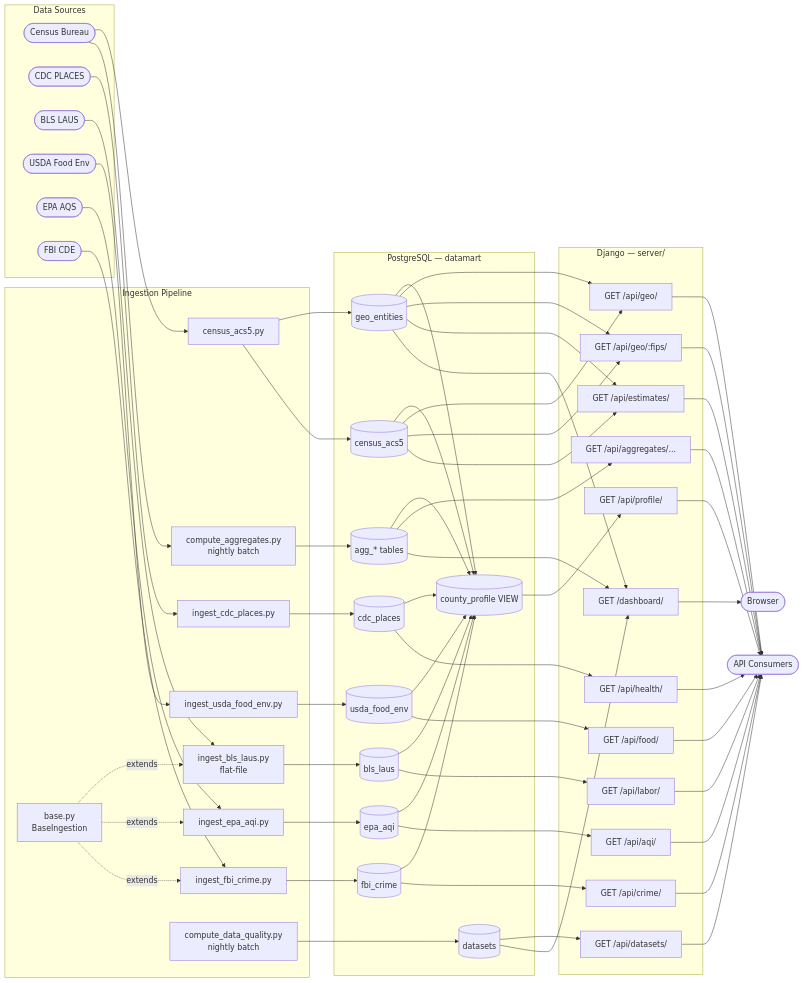
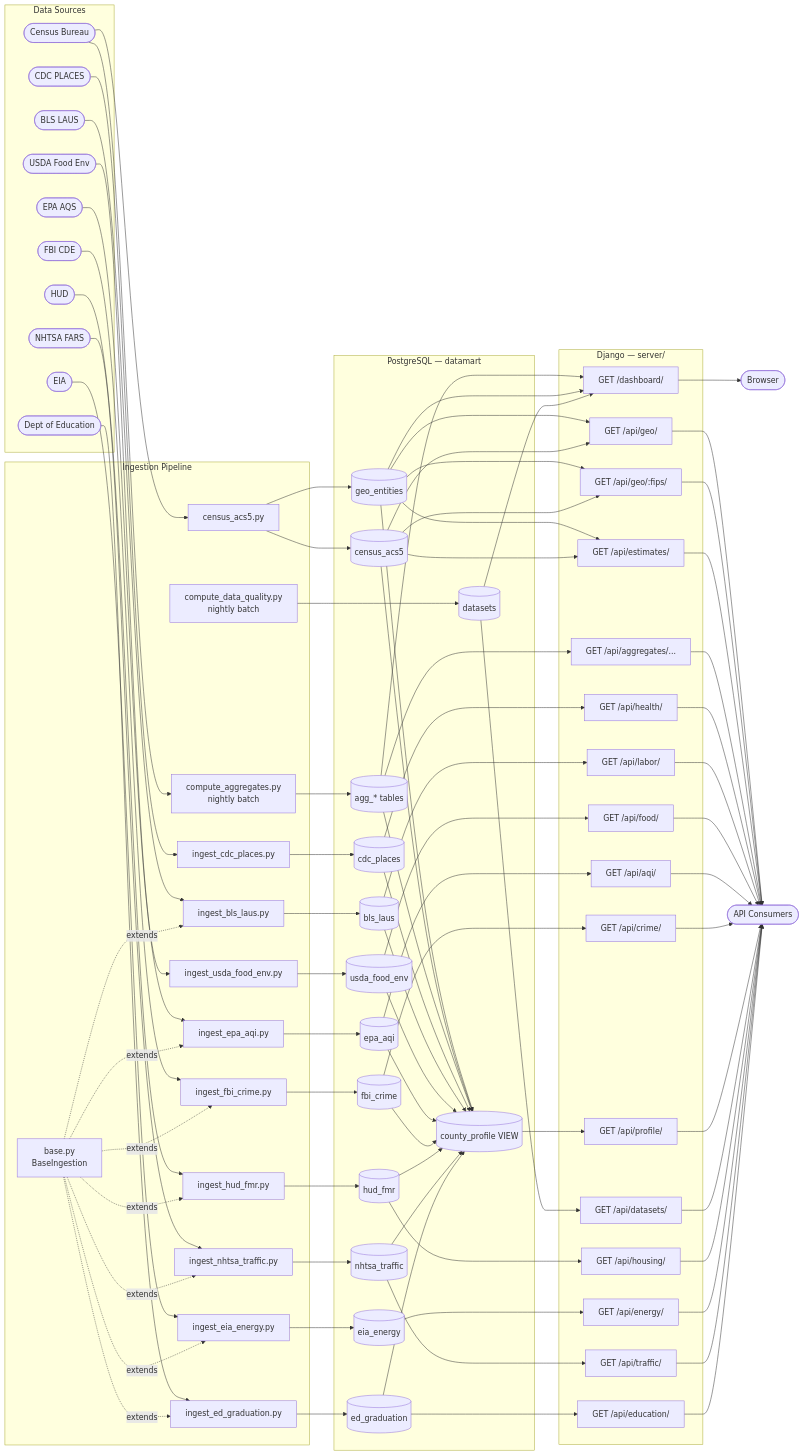
One commit to vsukla/datamart changed the diagram in DESIGN.md. Above: the diagram before and after it, drawn with Mermaid. The commit also changed other lines of this file and 1 other file, not shown here.

First line of the commit message:
Update DESIGN.md and ROADMAP.md for Phase 2 completion

````diff
--- a/DESIGN.md
+++ b/DESIGN.md
@@ -20,18 +20,26 @@
         S4([USDA Food Env])
         S5([EPA AQS])
         S6([FBI CDE])
+        S7([HUD])
+        S8([EIA])
+        S9([NHTSA FARS])
+        S10([Dept of Education])
     end
 
     subgraph pipeline ["Ingestion Pipeline"]
         I1[census_acs5.py]
         I2[compute_aggregates.py\nnightly batch]
         I3[ingest_cdc_places.py]
-        I4[ingest_bls_laus.py\nflat-file]
+        I4[ingest_bls_laus.py]
         I5[ingest_usda_food_env.py]
         I6[ingest_epa_aqi.py]
         I7[ingest_fbi_crime.py]
         I8[compute_data_quality.py\nnightly batch]
         I9[base.py\nBaseIngestion]
+        I10[ingest_hud_fmr.py]
+        I11[ingest_eia_energy.py]
+        I12[ingest_nhtsa_traffic.py]
+        I13[ingest_ed_graduation.py]
     end
 
     subgraph store ["PostgreSQL — datamart"]
@@ -43,6 +51,10 @@
         U[(usda_food_env)]
         Q[(epa_aqi)]
         F[(fbi_crime)]
+        H[(hud_fmr)]
+        N[(eia_energy)]
+        T[(nhtsa_traffic)]
+        ED[(ed_graduation)]
         DS[(datasets)]
         CV[(county_profile VIEW)]
     end
@@ -59,7 +71,11 @@
         V9["GET /api/crime/"]
         V10["GET /api/profile/"]
         V11["GET /api/datasets/"]
-        V12["GET /dashboard/"]
+        V12["GET /api/housing/"]
+        V13["GET /api/energy/"]
+        V14["GET /api/traffic/"]
+        V15["GET /api/education/"]
+        V16["GET /dashboard/"]
     end
 
     C([API Consumers])
@@ -71,7 +87,11 @@
     S4 --> I5
     S5 --> I6
     S6 --> I7
-    I9 -.->|"extends"| I4 & I6 & I7
+    S7 --> I10
+    S8 --> I11
+    S9 --> I12
+    S10 --> I13
+    I9 -.->|"extends"| I4 & I6 & I7 & I10 & I11 & I12 & I13
     I1 --> G & E
     I2 --> A
     I3 --> P
@@ -79,19 +99,27 @@
     I5 --> U
     I6 --> Q
     I7 --> F
+    I10 --> H
+    I11 --> N
+    I12 --> T
+    I13 --> ED
     I8 --> DS
-    G & E & A & P & B & U & Q & F --> CV
+    G & E & A & P & B & U & Q & F & H & T & ED --> CV
     G & E --> V1 & V2 & V3
-    A --> V4 & V12
+    A --> V4 & V16
     P --> V5
     B --> V6
     U --> V7
     Q --> V8
     F --> V9
+    H --> V12
+    N --> V13
+    T --> V14
+    ED --> V15
     CV --> V10
     DS --> V11
-    G --> V12
-    DS --> V12
-    V1 & V2 & V3 & V4 & V5 & V6 & V7 & V8 & V9 & V10 & V11 --> C
-    V12 --> D
+    G --> V16
+    DS --> V16
+    V1 & V2 & V3 & V4 & V5 & V6 & V7 & V8 & V9 & V10 & V11 & V12 & V13 & V14 & V15 --> C
+    V16 --> D
 ```
````
